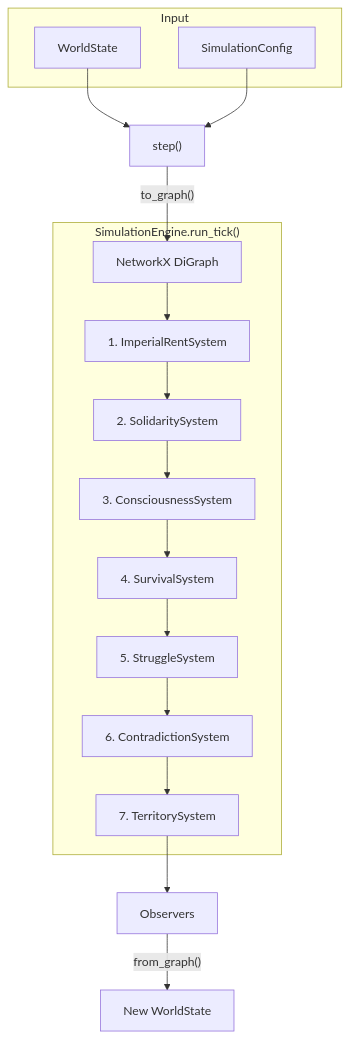
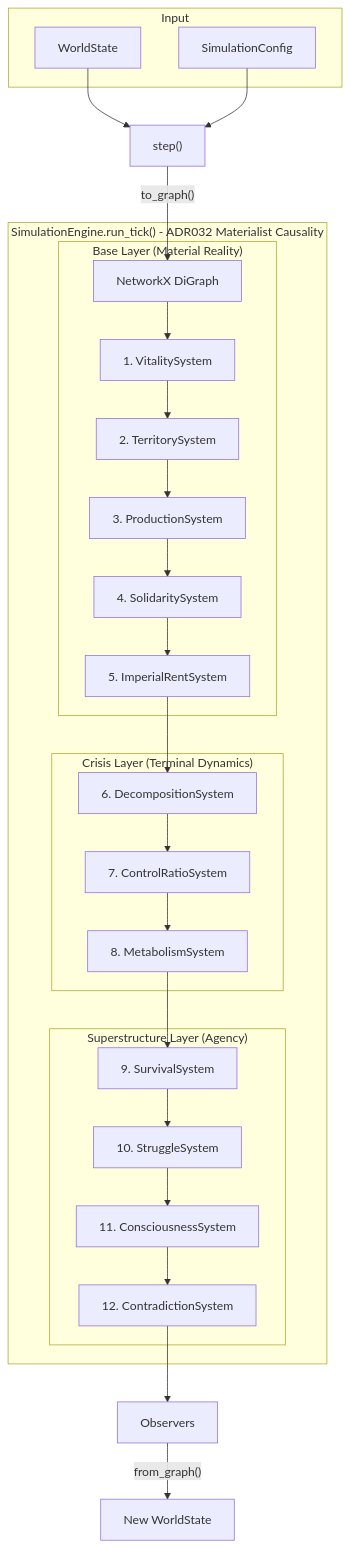
One commit to percy-raskova/babylon changed the second of 3 diagrams in docs/concepts/architecture.rst. Above: the diagram before and after it, drawn with Mermaid. The commit also changed other lines of this file and 47 other files, not shown here.

```diff
--- a/docs/concepts/architecture.rst
+++ b/docs/concepts/architecture.rst
@@ -217,21 +231,32 @@
 .. mermaid::
 
    flowchart TB
        subgraph Input
            WS[WorldState]
            SC[SimulationConfig]
        end
        WS --> step["step()"]
        SC --> step
        step -->|"to_graph()"| G[NetworkX DiGraph]
-       subgraph Engine["SimulationEngine.run_tick()"]
-           G --> S1[1. ImperialRentSystem]
-           S1 --> S2[2. SolidaritySystem]
-           S2 --> S3[3. ConsciousnessSystem]
-           S3 --> S4[4. SurvivalSystem]
-           S4 --> S5[5. StruggleSystem]
-           S5 --> S6[6. ContradictionSystem]
-           S6 --> S7[7. TerritorySystem]
+       subgraph Engine["SimulationEngine.run_tick() - ADR032 Materialist Causality"]
+           subgraph Base["Base Layer (Material Reality)"]
+               G --> S1[1. VitalitySystem]
+               S1 --> S2[2. TerritorySystem]
+               S2 --> S3[3. ProductionSystem]
+               S3 --> S4[4. SolidaritySystem]
+               S4 --> S5[5. ImperialRentSystem]
+           end
+           subgraph Crisis["Crisis Layer (Terminal Dynamics)"]
+               S5 --> S6[6. DecompositionSystem]
+               S6 --> S7[7. ControlRatioSystem]
+               S7 --> S8[8. MetabolismSystem]
+           end
+           subgraph Super["Superstructure Layer (Agency)"]
+               S8 --> S9[9. SurvivalSystem]
+               S9 --> S10[10. StruggleSystem]
+               S10 --> S11[11. ConsciousnessSystem]
+               S11 --> S12[12. ContradictionSystem]
+           end
        end
-       S7 --> OBS[Observers]
+       S12 --> OBS[Observers]
        OBS -->|"from_graph()"| WS2[New WorldState]
```
